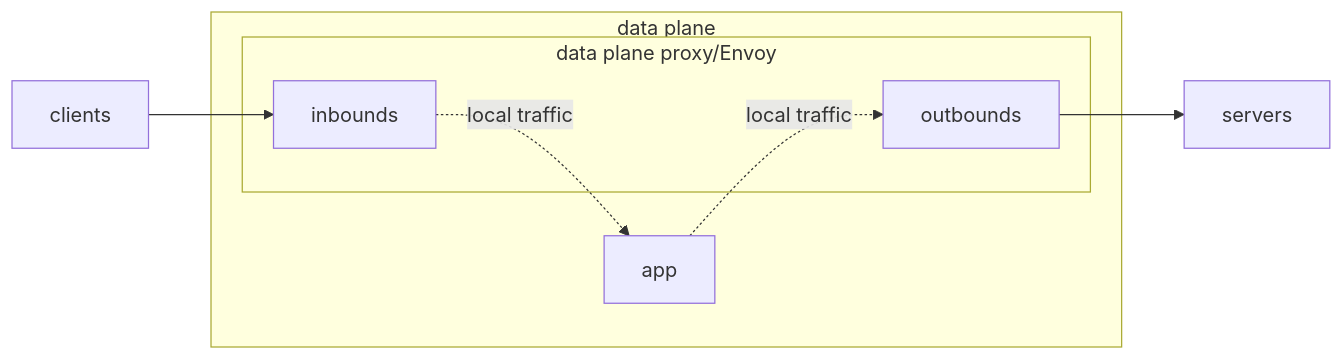
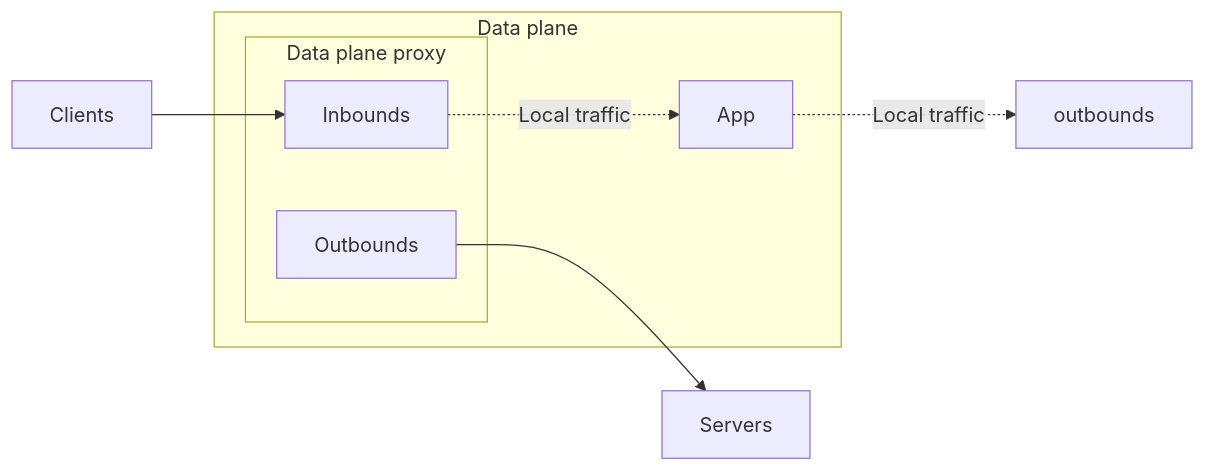
One commit to Kong/developer.konghq.com changed the diagram in app/mesh/concepts.md. Above: the diagram before and after it, drawn with Mermaid. The commit also changed other lines of this file, not shown here.

```diff
--- a/app/mesh/concepts.md
+++ b/app/mesh/concepts.md
@@ -61,21 +61,21 @@
 {% mermaid %}
 
 flowchart LR
-clients
-servers
+Clients
+Servers
 
-subgraph data plane
-app
-subgraph data plane proxy/Envoy
-inbounds
-outbounds
+subgraph Data plane
+App
+subgraph Data plane proxy
+Inbounds
+Outbounds
 end
 end
 
-inbounds -.local traffic.-> app
-app -.local traffic.-> outbounds
+Inbounds -.Local traffic.-> App
+App -.Local traffic.-> outbounds
 
-clients --> inbounds
-outbounds --> servers
+Clients --> Inbounds
+Outbounds --> Servers
 
 {% endmermaid %}
```
